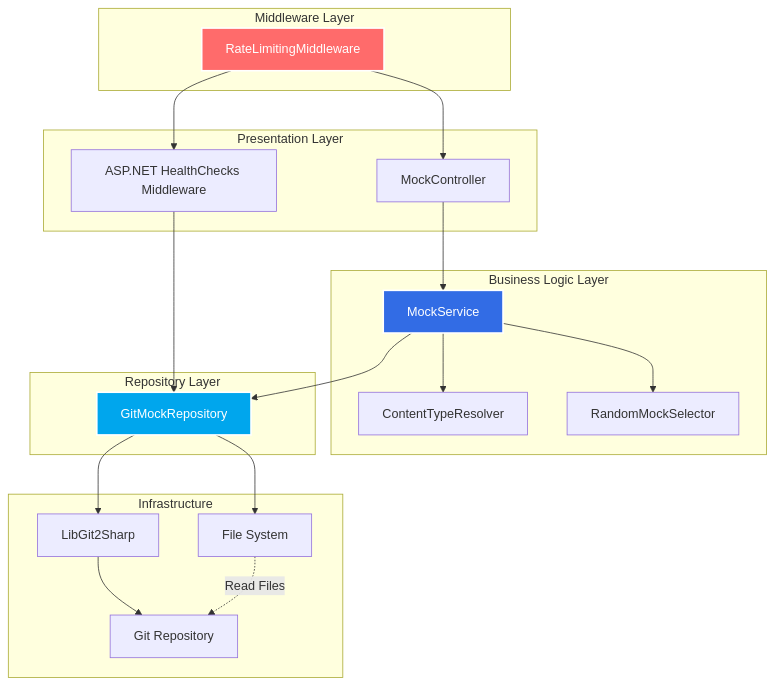
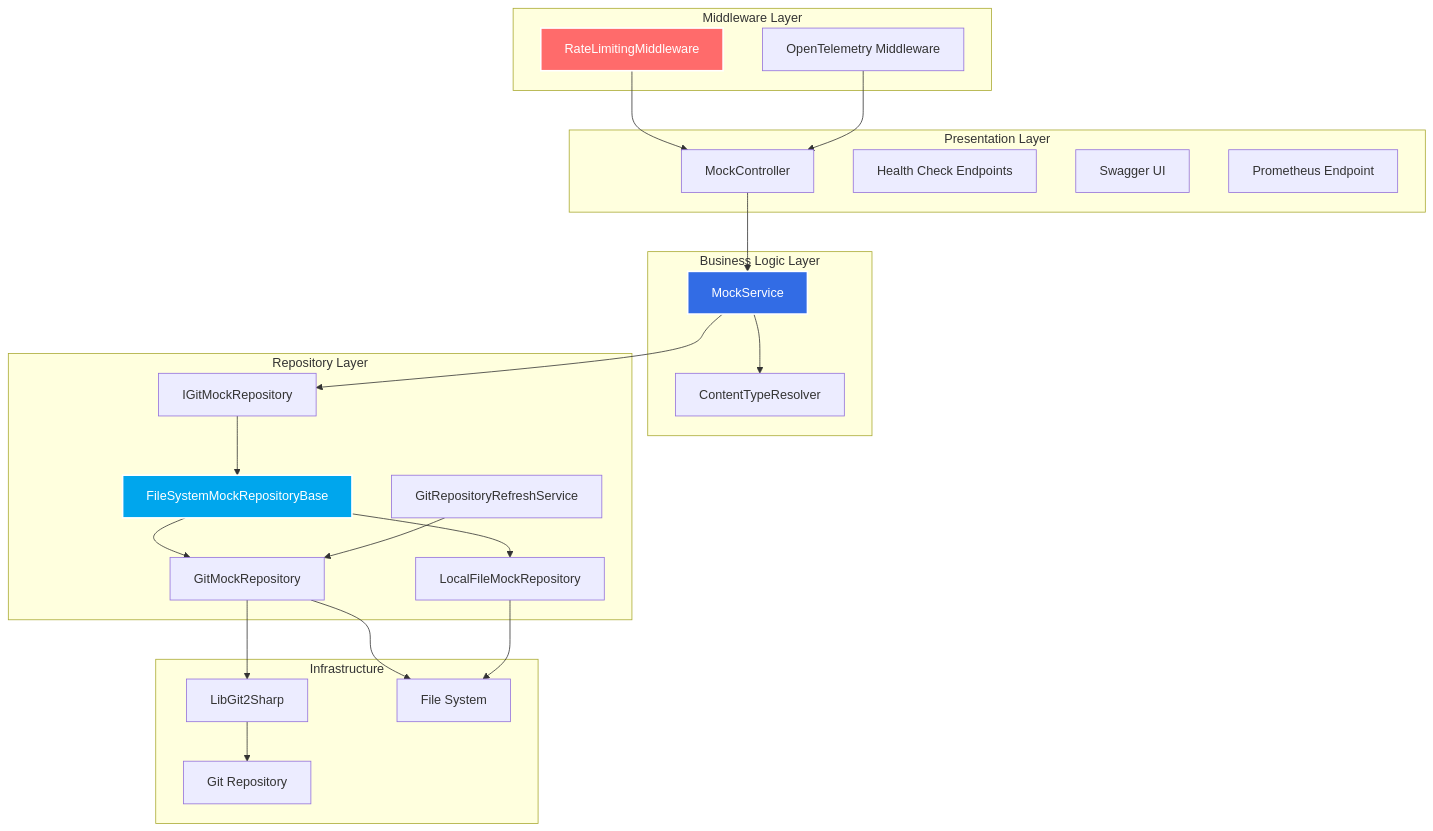
The second of 4 diagrams in .docs/mockery-design.md (busadave13/Mockery), drawn with Mermaid before and after one commit. The commit also changed other lines of this file, not shown here.

````diff
--- a/.docs/mockery-design.md
+++ b/.docs/mockery-design.md
@@ -1237,47 +989,55 @@
 ```mermaid
 graph TB
     subgraph "Middleware Layer"
         RateLimiting[RateLimitingMiddleware]
+        OTEL[OpenTelemetry Middleware]
     end
 
     subgraph "Presentation Layer"
         MockCtrl[MockController]
-        HealthChecks[ASP.NET HealthChecks Middleware]
+        HealthChecks[Health Check Endpoints]
+        Swagger[Swagger UI]
+        Prometheus[Prometheus Endpoint]
     end
 
     subgraph "Business Logic Layer"
         MockService[MockService]
         ContentTypeResolver[ContentTypeResolver]
-        RandomSelector[RandomMockSelector]
     end
 
     subgraph "Repository Layer"
-        GitMockRepo[GitMockRepository]
+        RepoInterface[IGitMockRepository]
+        BaseRepo[FileSystemMockRepositoryBase]
+        GitRepo[GitMockRepository]
+        LocalRepo[LocalFileMockRepository]
+        RefreshService[GitRepositoryRefreshService]
     end
 
     subgraph "Infrastructure"
         LibGit2[LibGit2Sharp]
         FileSystem[File System]
-        GitRepo[Git Repository]
+        GitRemote[Git Repository]
     end
 
     RateLimiting --> MockCtrl
-    RateLimiting --> HealthChecks
+    OTEL --> MockCtrl
+    
+    MockCtrl --> MockService
+    MockService --> RepoInterface
+    MockService --> ContentTypeResolver
 
-    MockCtrl --> MockService
-    HealthChecks --> GitMockRepo
+    RepoInterface --> BaseRepo
+    BaseRepo --> GitRepo
+    BaseRepo --> LocalRepo
 
-    MockService --> GitMockRepo
-    MockService --> ContentTypeResolver
-    MockService --> RandomSelector
+    GitRepo --> LibGit2
+    GitRepo --> FileSystem
+    LocalRepo --> FileSystem
+    RefreshService --> GitRepo
 
-    GitMockRepo --> LibGit2
-    GitMockRepo --> FileSystem
-
-    LibGit2 --> GitRepo
-    FileSystem -.->|Read Files| GitRepo
+    LibGit2 --> GitRemote
 
     style RateLimiting fill:#FF6B6B,stroke:#fff,stroke-width:2px,color:#fff
     style MockService fill:#326CE5,stroke:#fff,stroke-width:2px,color:#fff
-    style GitMockRepo fill:#00A6ED,stroke:#fff,stroke-width:2px,color:#fff
+    style BaseRepo fill:#00A6ED,stroke:#fff,stroke-width:2px,color:#fff
 ```
````
